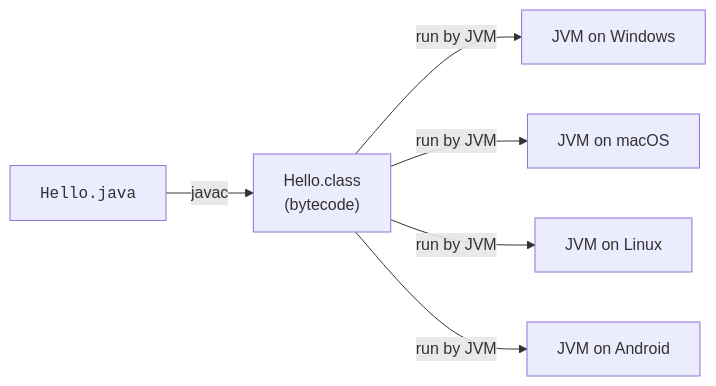
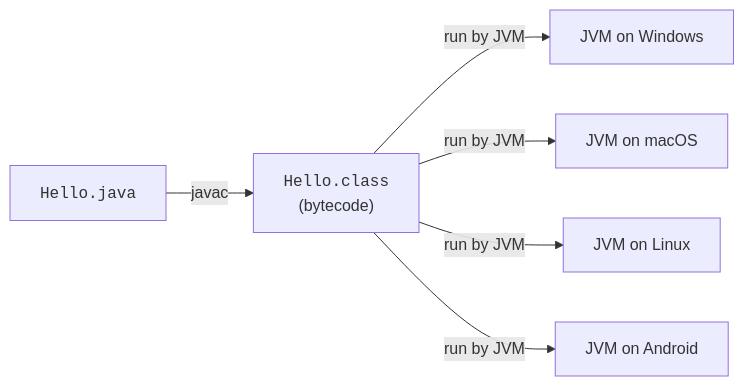
The second of 3 diagrams in content/learn/java-programming-for-beginners/write-once-run-anywhere.mdx (dataslope/dataslope), drawn with Mermaid before and after one commit. The commit also changed other lines of this file and 100 other files, not shown here.

First line of the commit message:
Wrap more code in diagram labels: filenames, hex, assignments, subgraph titles

````diff
--- a/content/learn/java-programming-for-beginners/write-once-run-anywhere.mdx
+++ b/content/learn/java-programming-for-beginners/write-once-run-anywhere.mdx
@@ -49,9 +49,9 @@
 ```mermaid
 flowchart LR
     Src["<code>Hello.java</code>"]
-    Src -->|javac| BC["Hello.class<br/>(bytecode)"]
+    Src -->|javac| BC["<code>Hello.class</code><br/>(bytecode)"]
     BC -->|run by JVM| W[JVM on Windows]
     BC -->|run by JVM| M[JVM on macOS]
     BC -->|run by JVM| L[JVM on Linux]
     BC -->|run by JVM| A[JVM on Android]
 ```
````
